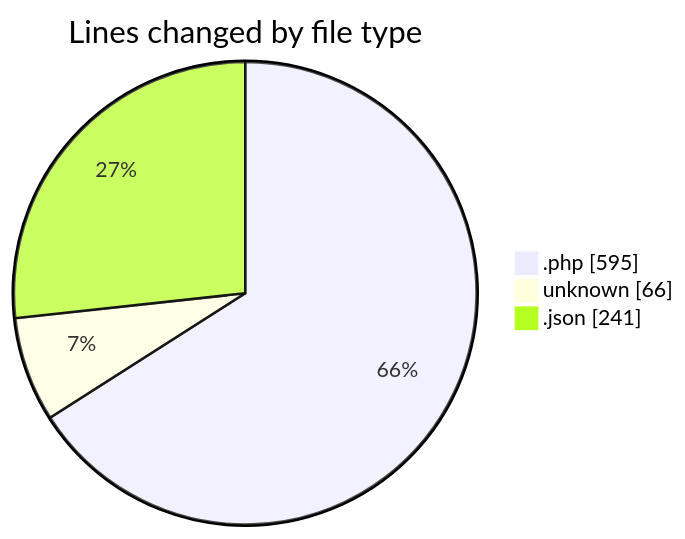
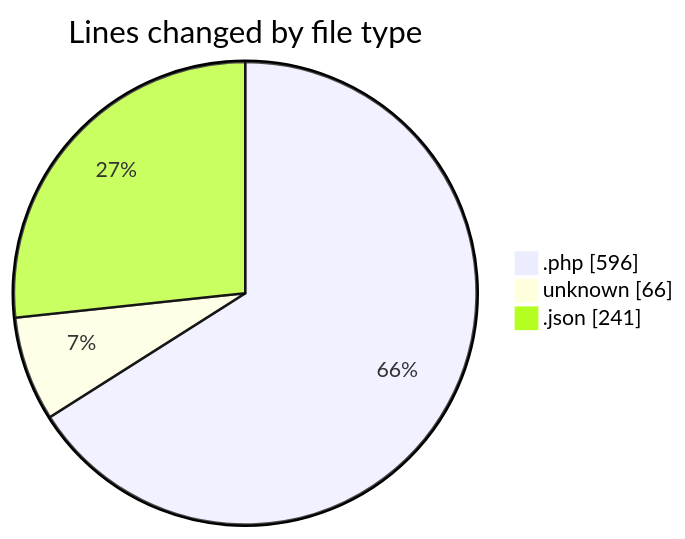
One commit to idhammustaqopulfikri/code-tracking changed the first of 2 diagrams in 2025-04-10/test/README.md. Above: the diagram before and after it, drawn with Mermaid. The commit also changed other lines of this file and 1 other file, not shown here.

````diff
--- a/2025-04-10/test/README.md
+++ b/2025-04-10/test/README.md
@@ -33,7 +33,7 @@
 ```mermaid
 pie showData
 title Lines changed by file type
-".php" : 595
+".php" : 596
 "unknown" : 66
 ".json" : 241
 ```
````
